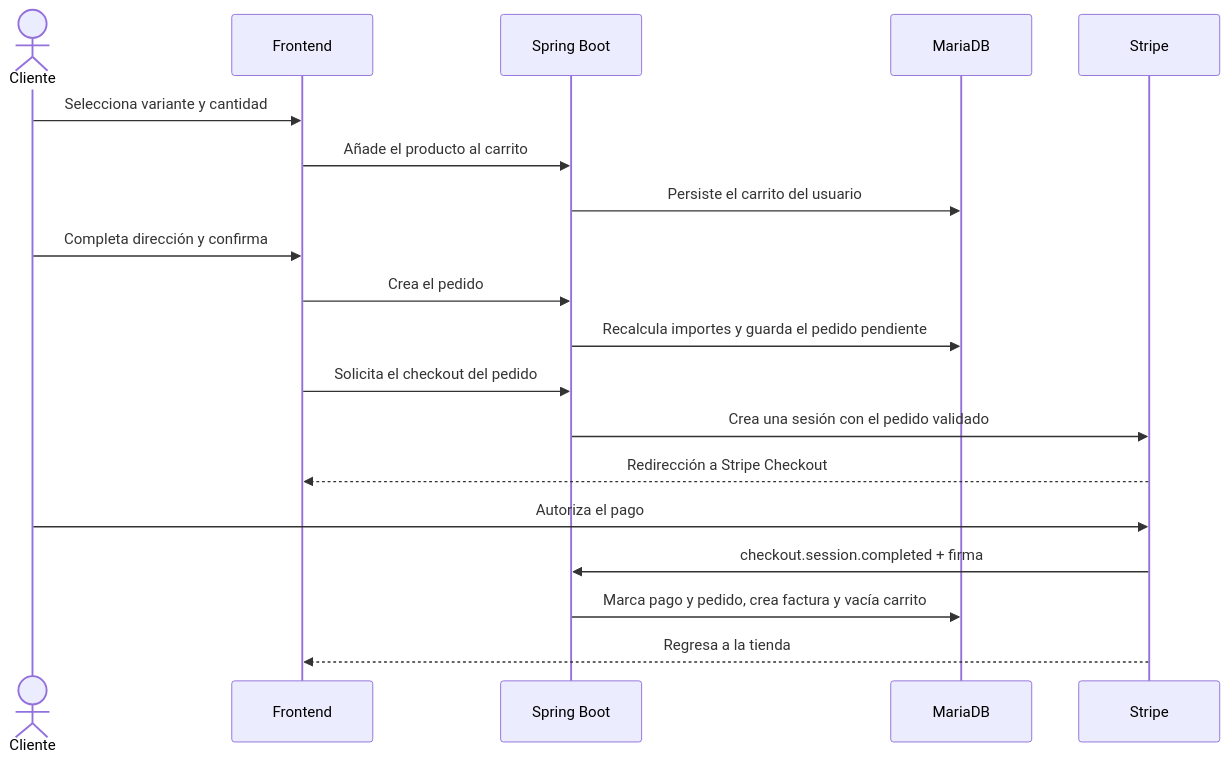
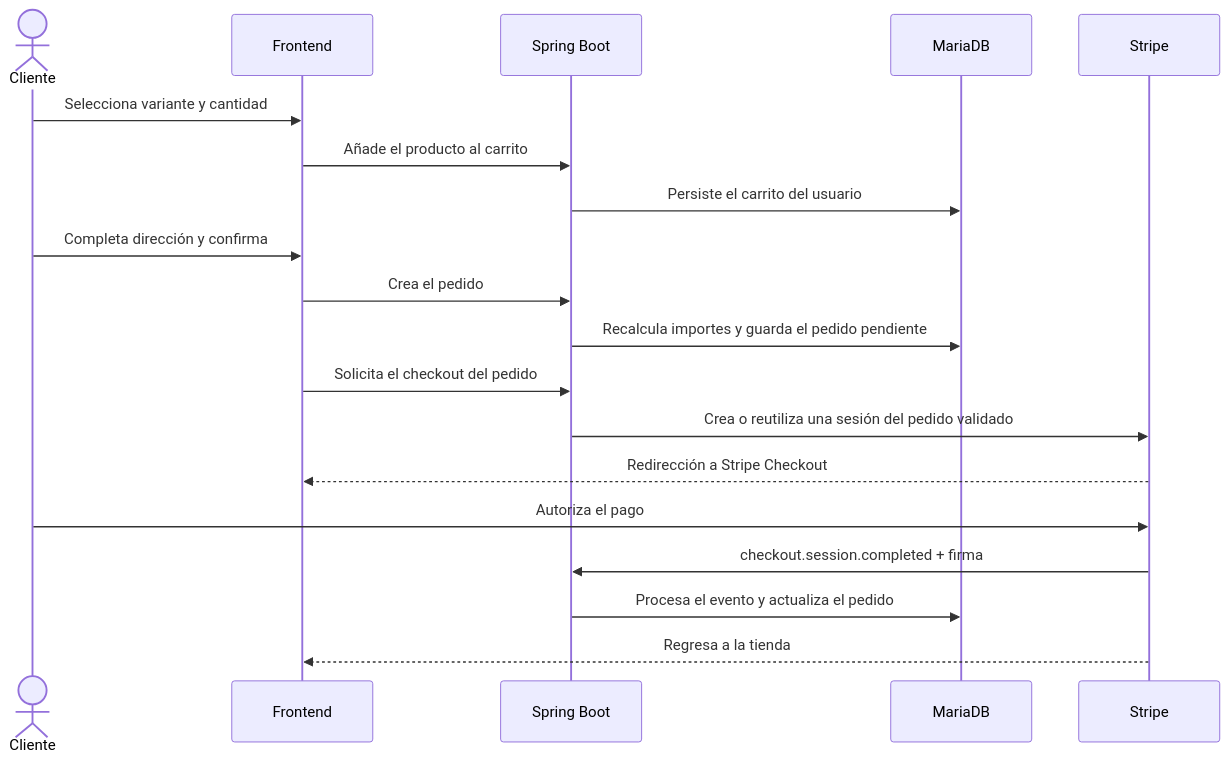
One commit to megalol-dev/tienda-deportivas-web changed the second of 5 diagrams in README.md. Above: the diagram before and after it, drawn with Mermaid. The commit also changed other lines of this file and 5 other files, not shown here.

````diff
--- a/README.md
+++ b/README.md
@@ -175,22 +176,22 @@
 ```mermaid
 sequenceDiagram
     actor Cliente
     participant Web as Frontend
     participant API as Spring Boot
     participant DB as MariaDB
     participant Stripe
 
     Cliente->>Web: Selecciona variante y cantidad
     Web->>API: Añade el producto al carrito
     API->>DB: Persiste el carrito del usuario
     Cliente->>Web: Completa dirección y confirma
     Web->>API: Crea el pedido
     API->>DB: Recalcula importes y guarda el pedido pendiente
     Web->>API: Solicita el checkout del pedido
-    API->>Stripe: Crea una sesión con el pedido validado
+    API->>Stripe: Crea o reutiliza una sesión del pedido validado
     Stripe-->>Web: Redirección a Stripe Checkout
     Cliente->>Stripe: Autoriza el pago
     Stripe->>API: checkout.session.completed + firma
-    API->>DB: Marca pago y pedido, crea factura y vacía carrito
+    API->>DB: Procesa el evento y actualiza el pedido
     Stripe-->>Web: Regresa a la tienda
 ```
````
